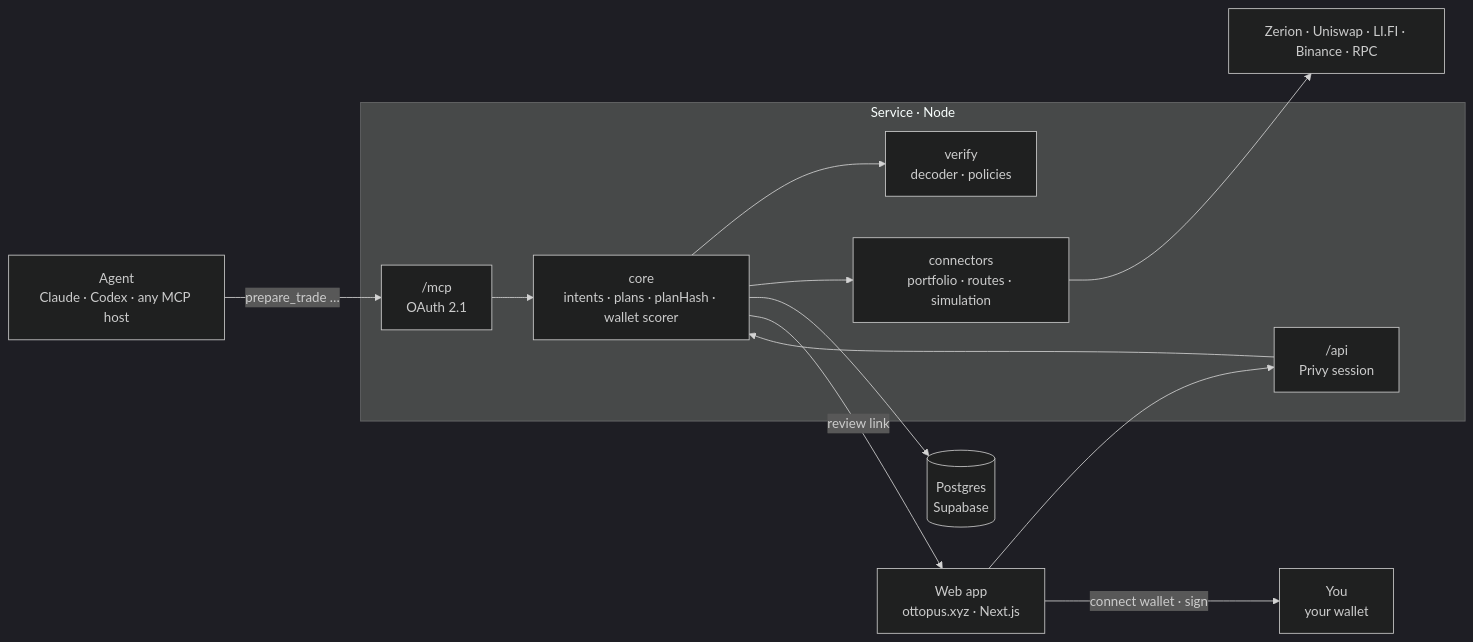
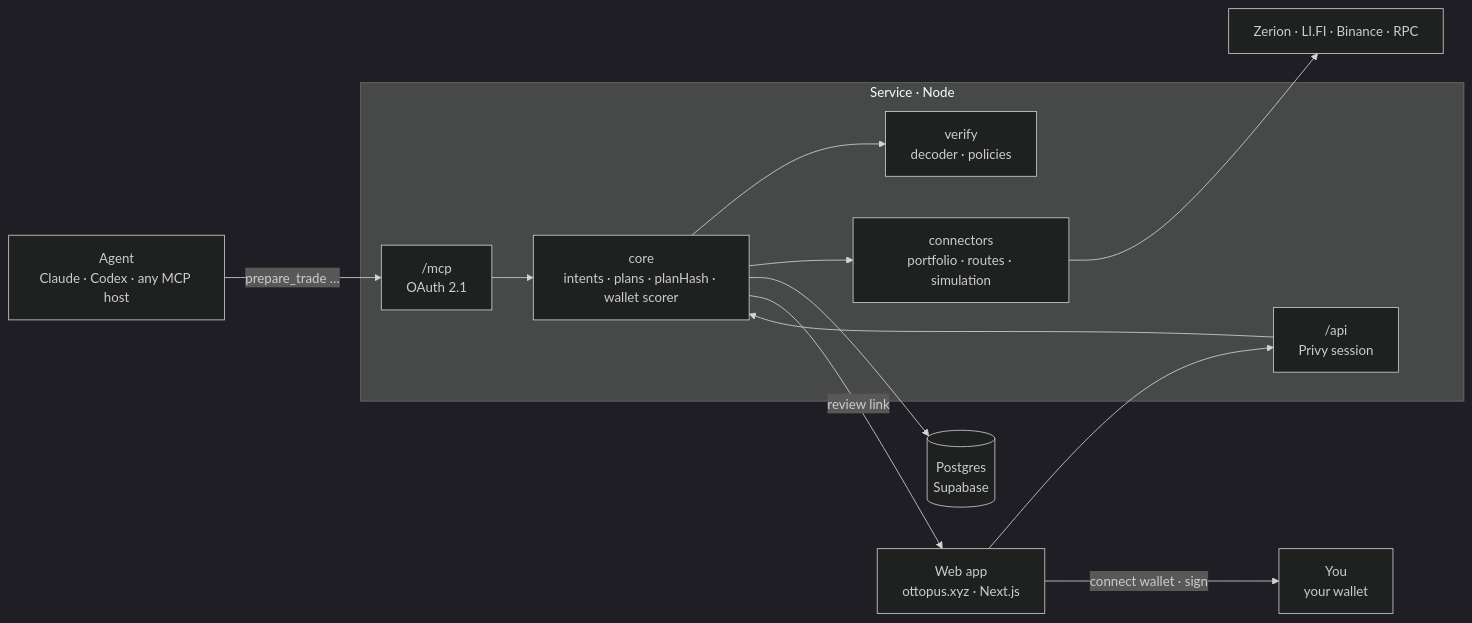
The diagram in README.md (ottopusxyz/ottopus), drawn with Mermaid (dark theme) before and after one commit. The commit also changed other lines of this file and 3 other files, not shown here.

First line of the commit message:
docs: drop stale Uniswap references, document BINANCE_ROUTE_CHAINS

````diff
--- a/README.md
+++ b/README.md
@@ -66,28 +66,28 @@
 ```mermaid
 flowchart LR
     Agent["Agent<br/>Claude · Codex · any MCP host"]
     Web["Web app<br/>ottopus.xyz · Next.js"]
     You["You<br/>your wallet"]
 
     subgraph Service["Service · Node"]
         MCP["/mcp<br/>OAuth 2.1"]
         API["/api<br/>Privy session"]
         Core["core<br/>intents · plans · planHash · wallet scorer"]
         Verify["verify<br/>decoder · policies"]
         Connectors["connectors<br/>portfolio · routes · simulation"]
     end
 
     DB[("Postgres<br/>Supabase")]
-    Vendors["Zerion · Uniswap · LI.FI · Binance · RPC"]
+    Vendors["Zerion · LI.FI · Binance · RPC"]
 
     Agent -- "prepare_trade …" --> MCP
     Web --> API
     MCP --> Core
     API --> Core
     Core --> Verify
     Core --> Connectors
     Connectors --> Vendors
     Core --> DB
     Core -- "review link" --> Web
     Web -- "connect wallet · sign" --> You
 ```
````
